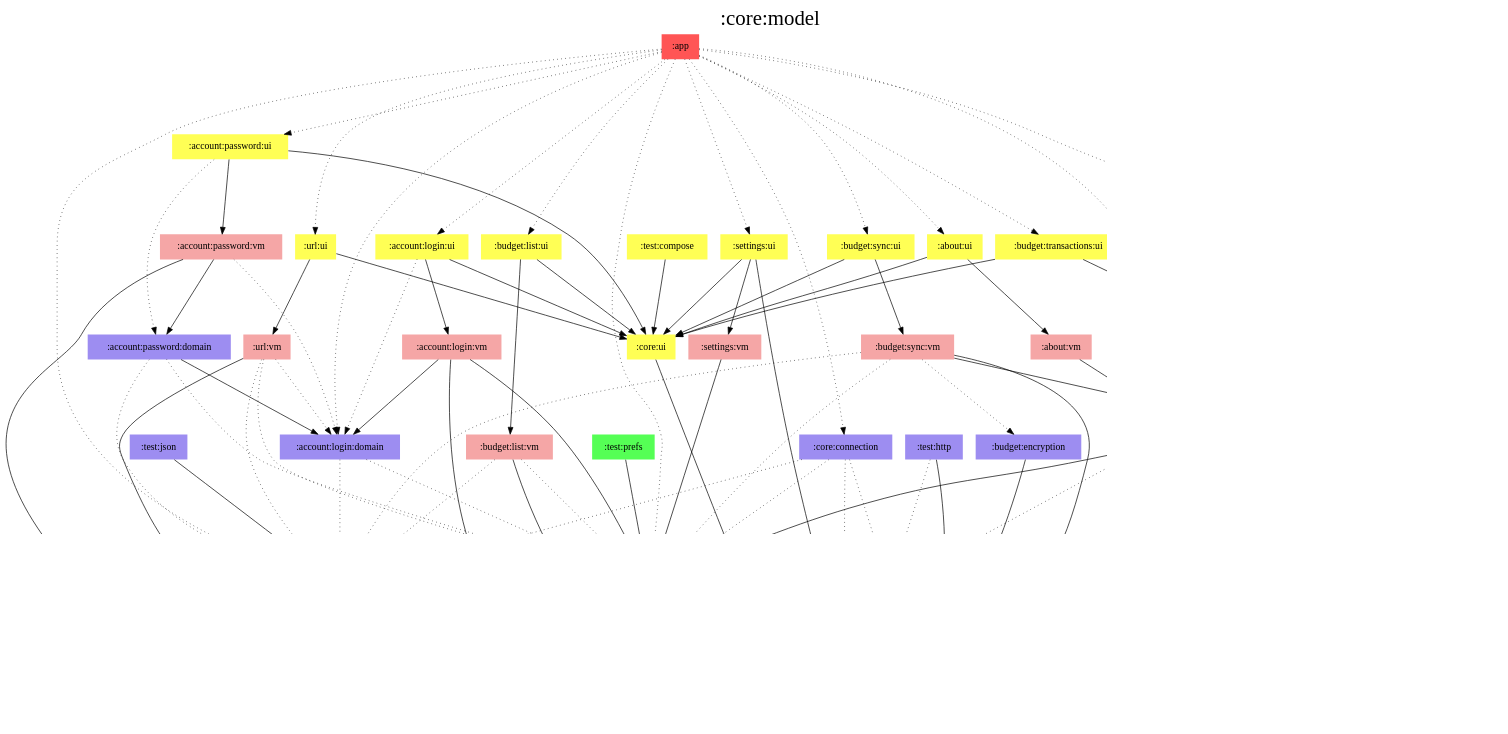
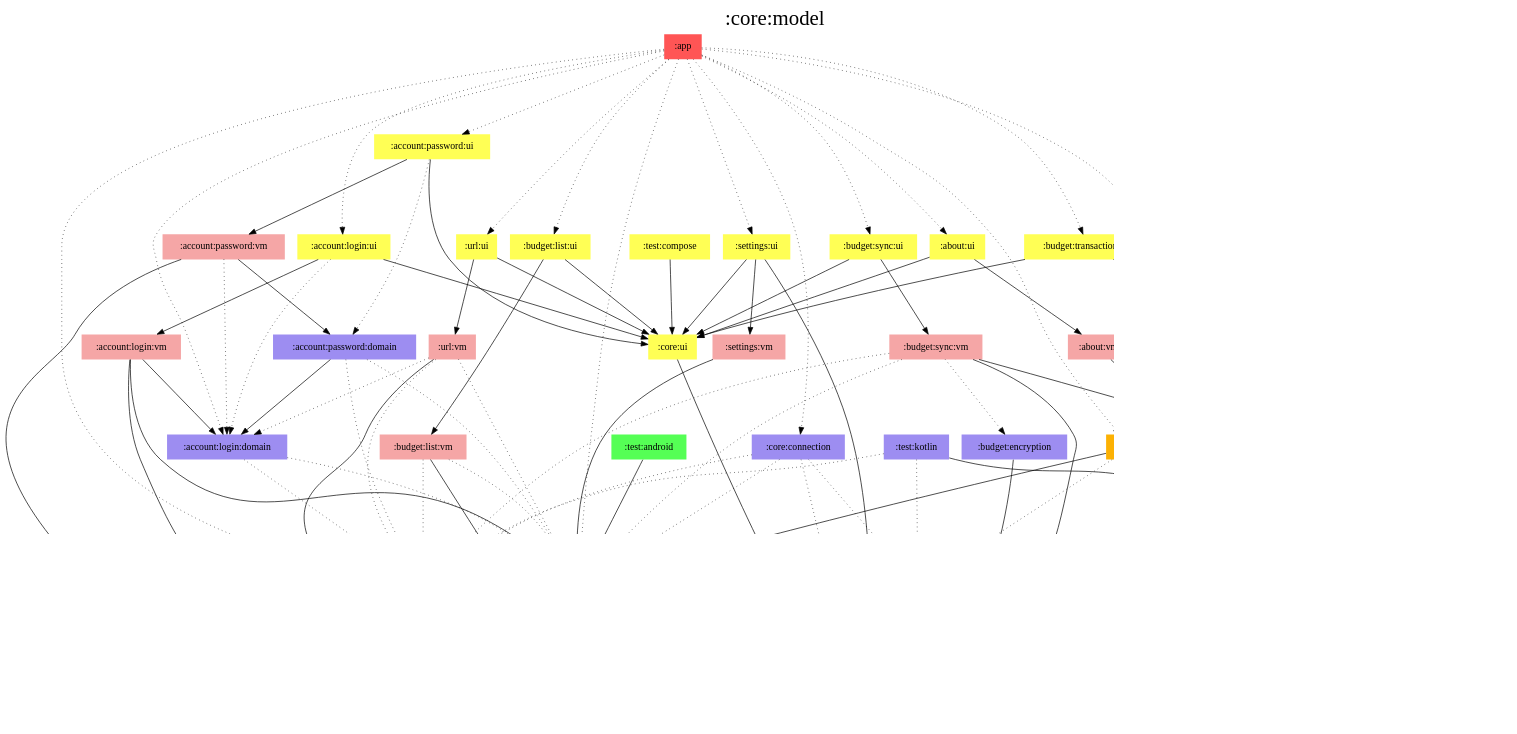
The diagram in modules/core/model/modules.dot (jonapoul/aktual), drawn with Graphviz before and after one commit. The commit also changed 88 other files, not shown here.

```diff
--- a/modules/core/model/modules.dot
+++ b/modules/core/model/modules.dot
@@ -1,144 +1,141 @@
 digraph {
 edge ["dir"="forward"]
 graph ["dpi"="100","label"=":core:model","labelloc"="t","fontsize"="30","ranksep"="1.5","rankdir"="TB"]
 node ["style"="filled"]
 ":about:data" ["fillcolor"="#9D8DF1","shape"="none"]
 ":about:ui" ["fillcolor"="#FFFF55","shape"="none"]
 ":about:vm" ["fillcolor"="#F5A6A6","shape"="none"]
 ":account:login:domain" ["fillcolor"="#9D8DF1","shape"="none"]
 ":account:login:ui" ["fillcolor"="#FFFF55","shape"="none"]
 ":account:login:vm" ["fillcolor"="#F5A6A6","shape"="none"]
 ":account:password:domain" ["fillcolor"="#9D8DF1","shape"="none"]
 ":account:password:ui" ["fillcolor"="#FFFF55","shape"="none"]
 ":account:password:vm" ["fillcolor"="#F5A6A6","shape"="none"]
 ":api:actual" ["fillcolor"="#9D8DF1","shape"="none"]
 ":api:builder" ["fillcolor"="#9D8DF1","shape"="none"]
 ":api:github" ["fillcolor"="#9D8DF1","shape"="none"]
 ":app" ["fillcolor"="#FF5555","shape"="none"]
 ":budget:db" ["fillcolor"="#9D8DF1","shape"="none"]
 ":budget:di" ["fillcolor"="#FCB103","shape"="none"]
 ":budget:encryption" ["fillcolor"="#9D8DF1","shape"="none"]
 ":budget:list:ui" ["fillcolor"="#FFFF55","shape"="none"]
 ":budget:list:vm" ["fillcolor"="#F5A6A6","shape"="none"]
 ":budget:sync:ui" ["fillcolor"="#FFFF55","shape"="none"]
 ":budget:sync:vm" ["fillcolor"="#F5A6A6","shape"="none"]
 ":budget:transactions:ui" ["fillcolor"="#FFFF55","shape"="none"]
 ":budget:transactions:vm" ["fillcolor"="#F5A6A6","shape"="none"]
 ":core:connection" ["fillcolor"="#9D8DF1","shape"="none"]
 ":core:di" ["fillcolor"="#FCB103","shape"="none"]
 ":core:model" ["fillcolor"="#9D8DF1","color"="black","penwidth"="3","shape"="box"]
 ":core:ui" ["fillcolor"="#FFFF55","shape"="none"]
 ":prefs" ["fillcolor"="#9D8DF1","shape"="none"]
 ":settings:ui" ["fillcolor"="#FFFF55","shape"="none"]
 ":settings:vm" ["fillcolor"="#F5A6A6","shape"="none"]
+":test:android" ["fillcolor"="#55FF55","shape"="none"]
 ":test:compose" ["fillcolor"="#FFFF55","shape"="none"]
-":test:db" ["fillcolor"="#9D8DF1","shape"="none"]
-":test:http" ["fillcolor"="#9D8DF1","shape"="none"]
-":test:json" ["fillcolor"="#9D8DF1","shape"="none"]
-":test:prefs" ["fillcolor"="#55FF55","shape"="none"]
+":test:kotlin" ["fillcolor"="#9D8DF1","shape"="none"]
 ":url:ui" ["fillcolor"="#FFFF55","shape"="none"]
 ":url:vm" ["fillcolor"="#F5A6A6","shape"="none"]
 {
 edge ["dir"="none"]
 graph ["rank"="same"]
 ":core:model"
 }
 ":about:data" -> ":api:github"
 ":about:ui" -> ":about:vm"
 ":about:ui" -> ":core:ui"
 ":about:vm" -> ":about:data"
 ":account:login:domain" -> ":api:actual" ["style"="dotted"]
 ":account:login:domain" -> ":prefs" ["style"="dotted"]
 ":account:login:ui" -> ":account:login:domain" ["style"="dotted"]
 ":account:login:ui" -> ":account:login:vm"
 ":account:login:ui" -> ":core:ui"
 ":account:login:vm" -> ":account:login:domain"
 ":account:login:vm" -> ":core:model"
 ":account:login:vm" -> ":prefs"
 ":account:password:domain" -> ":account:login:domain"
 ":account:password:domain" -> ":api:actual" ["style"="dotted"]
 ":account:password:domain" -> ":prefs" ["style"="dotted"]
 ":account:password:ui" -> ":account:password:domain" ["style"="dotted"]
 ":account:password:ui" -> ":account:password:vm"
 ":account:password:ui" -> ":core:ui"
 ":account:password:vm" -> ":account:login:domain" ["style"="dotted"]
 ":account:password:vm" -> ":account:password:domain"
 ":account:password:vm" -> ":core:model"
 ":api:actual" -> ":core:model"
 ":api:builder" -> ":core:model"
 ":api:github" -> ":core:model"
 ":app" -> ":about:ui" ["style"="dotted"]
 ":app" -> ":account:login:domain" ["style"="dotted"]
 ":app" -> ":account:login:ui" ["style"="dotted"]
 ":app" -> ":account:password:ui" ["style"="dotted"]
 ":app" -> ":api:actual" ["style"="dotted"]
 ":app" -> ":budget:di" ["style"="dotted"]
 ":app" -> ":budget:list:ui" ["style"="dotted"]
 ":app" -> ":budget:sync:ui" ["style"="dotted"]
 ":app" -> ":budget:transactions:ui" ["style"="dotted"]
 ":app" -> ":core:connection" ["style"="dotted"]
 ":app" -> ":core:di" ["style"="dotted"]
 ":app" -> ":prefs" ["style"="dotted"]
 ":app" -> ":settings:ui" ["style"="dotted"]
 ":app" -> ":url:ui" ["style"="dotted"]
 ":budget:db" -> ":core:model"
 ":budget:di" -> ":budget:db"
 ":budget:encryption" -> ":core:model"
 ":budget:list:ui" -> ":budget:list:vm"
 ":budget:list:ui" -> ":core:ui"
 ":budget:list:vm" -> ":api:actual" ["style"="dotted"]
 ":budget:list:vm" -> ":core:model"
 ":budget:list:vm" -> ":prefs" ["style"="dotted"]
 ":budget:sync:ui" -> ":budget:sync:vm"
 ":budget:sync:ui" -> ":core:ui"
 ":budget:sync:vm" -> ":api:actual" ["style"="dotted"]
 ":budget:sync:vm" -> ":budget:di"
 ":budget:sync:vm" -> ":budget:encryption" ["style"="dotted"]
 ":budget:sync:vm" -> ":core:model"
 ":budget:sync:vm" -> ":prefs" ["style"="dotted"]
 ":budget:transactions:ui" -> ":budget:transactions:vm"
 ":budget:transactions:ui" -> ":core:ui"
 ":budget:transactions:vm" -> ":budget:db" ["style"="dotted"]
 ":budget:transactions:vm" -> ":budget:di" ["style"="dotted"]
 ":budget:transactions:vm" -> ":core:model"
 ":core:connection" -> ":api:actual" ["style"="dotted"]
 ":core:connection" -> ":api:builder" ["style"="dotted"]
 ":core:connection" -> ":core:model" ["style"="dotted"]
 ":core:connection" -> ":prefs" ["style"="dotted"]
 ":core:di" -> ":api:builder" ["style"="dotted"]
 ":core:di" -> ":api:github"
 ":core:di" -> ":core:model"
 ":core:di" -> ":prefs"
 ":core:ui" -> ":core:model"
 ":prefs" -> ":core:model"
 ":settings:ui" -> ":core:model"
 ":settings:ui" -> ":core:ui"
 ":settings:ui" -> ":settings:vm"
 ":settings:vm" -> ":prefs"
+":test:android" -> ":prefs"
 ":test:compose" -> ":core:ui"
-":test:db" -> ":budget:db"
-":test:http" -> ":api:builder" ["style"="dotted"]
-":test:http" -> ":core:model"
-":test:json" -> ":api:actual"
-":test:prefs" -> ":prefs"
+":test:kotlin" -> ":api:actual" ["style"="dotted"]
+":test:kotlin" -> ":api:builder" ["style"="dotted"]
+":test:kotlin" -> ":budget:db"
 ":url:ui" -> ":core:ui"
 ":url:ui" -> ":url:vm"
 ":url:vm" -> ":account:login:domain" ["style"="dotted"]
 ":url:vm" -> ":api:actual" ["style"="dotted"]
 ":url:vm" -> ":core:model"
 ":url:vm" -> ":prefs" ["style"="dotted"]
 subgraph "cluster_legend" {
 edge ["dir"="none"]
 graph ["label"="Legend","fontsize"="20"]
 "Legend" ["style"="filled","fillcolor"="#FFFFFF","shape"="none","margin"="0","fontsize"="15","label"=<
 <TABLE BORDER="0" CELLBORDER="0" CELLSPACING="0" CELLPADDING="4">
 <TR><TD>App</TD><TD BGCOLOR="#FF5555">module-name</TD></TR>
 <TR><TD>ViewModel</TD><TD BGCOLOR="#F5A6A6">module-name</TD></TR>
 <TR><TD>Hilt</TD><TD BGCOLOR="#FCB103">module-name</TD></TR>
 <TR><TD>Compose</TD><TD BGCOLOR="#FFFF55">module-name</TD></TR>
 <TR><TD>Android</TD><TD BGCOLOR="#55FF55">module-name</TD></TR>
 <TR><TD>Multiplatform</TD><TD BGCOLOR="#9D8DF1">module-name</TD></TR>
 </TABLE>
 >]
 } -> ":core:model" ["style"="invis"]
 }
```
